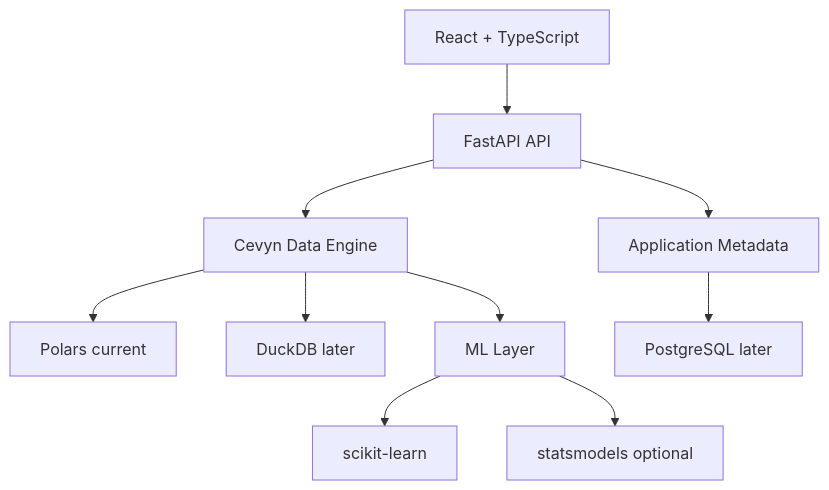
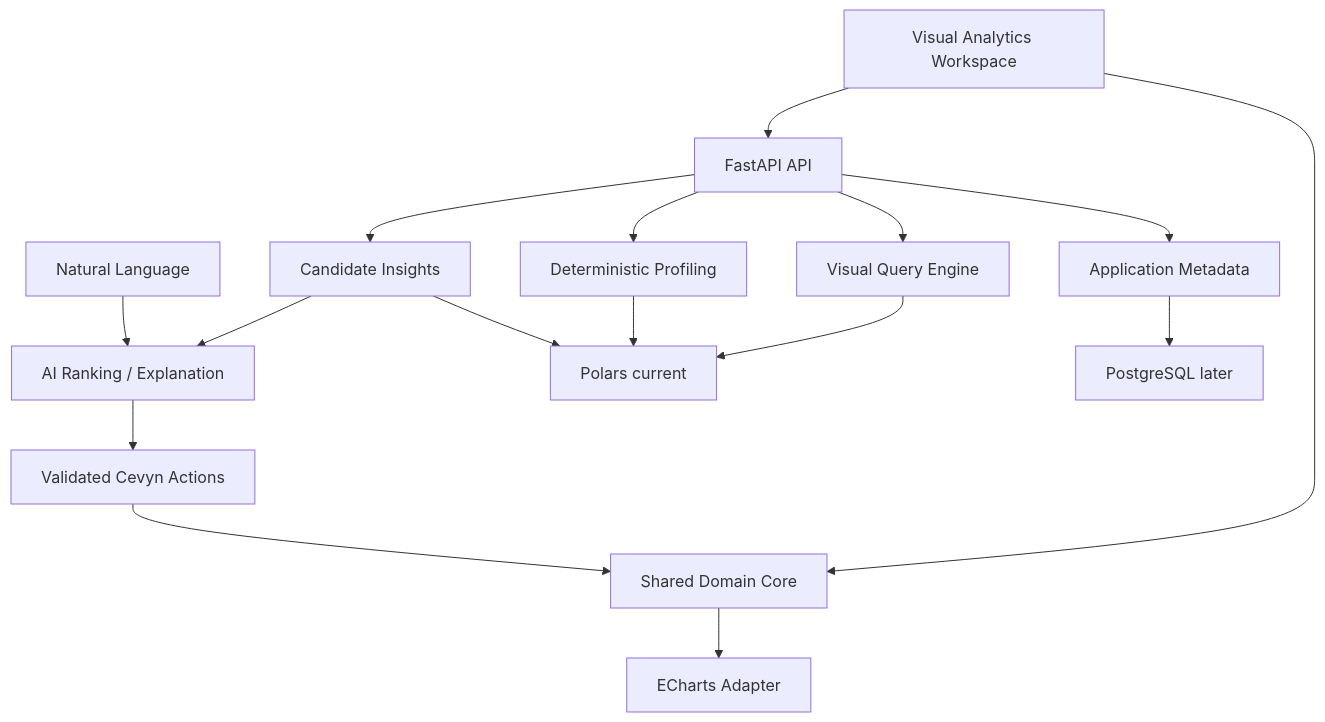
One commit to gabrieljonathanabebe/AXIS changed the second of 8 diagrams in docs/ARCHITECTURE.md. Above: the diagram before and after it, drawn with Mermaid. The commit also changed other lines of this file and 2 other files, not shown here.

Commit message:
docs: focus Cevyn on visual analytics

````diff
--- a/docs/ARCHITECTURE.md
+++ b/docs/ARCHITECTURE.md
@@ -141,18 +127,31 @@
 ```mermaid
 flowchart TB
-    UI[React + TypeScript]
+    UI[Visual Analytics Workspace]
+    Core[Shared Domain Core]
+    Adapter[ECharts Adapter]
+    API[FastAPI API]
+    Query[Visual Query Engine]
+    Profile[Deterministic Profiling]
+    Candidates[Candidate Insights]
+    Prompt[Natural Language]
+    AI[AI Ranking / Explanation]
+    Actions[Validated Cevyn Actions]
 
-    UI --> API[FastAPI API]
+    UI --> Core
+    Core --> Adapter
+    UI --> API
+    API --> Query
+    API --> Profile
+    API --> Candidates
+    Candidates --> AI
+    Prompt --> AI
+    AI --> Actions
+    Actions --> Core
 
-    API --> Engine[Cevyn Data Engine]
-
-    Engine --> Polars[Polars current]
-    Engine --> DuckDB[DuckDB later]
-    Engine --> ML[ML Layer]
-
-    ML --> SK[scikit-learn]
-    ML --> Stats[statsmodels optional]
+    Query --> Polars[Polars current]
+    Profile --> Polars
+    Candidates --> Polars
 
     API --> Metadata[Application Metadata]
     Metadata --> Postgres[PostgreSQL later]
 ```
````
